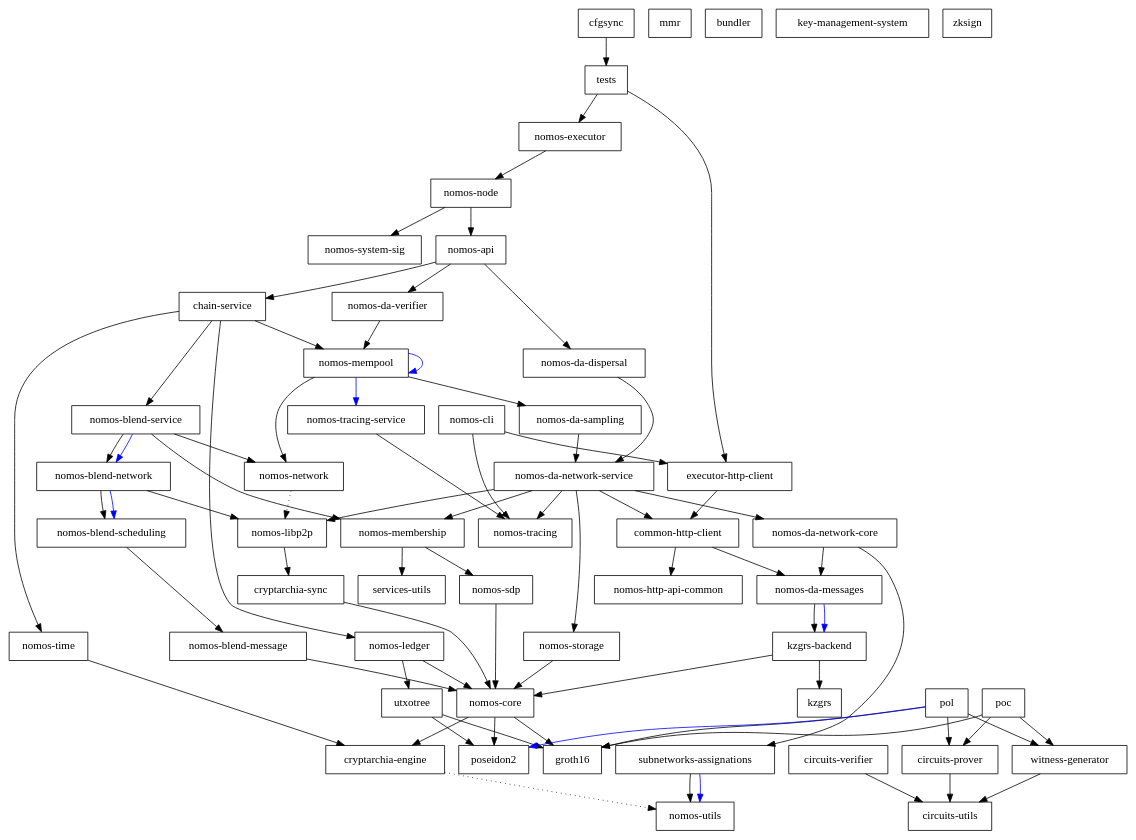
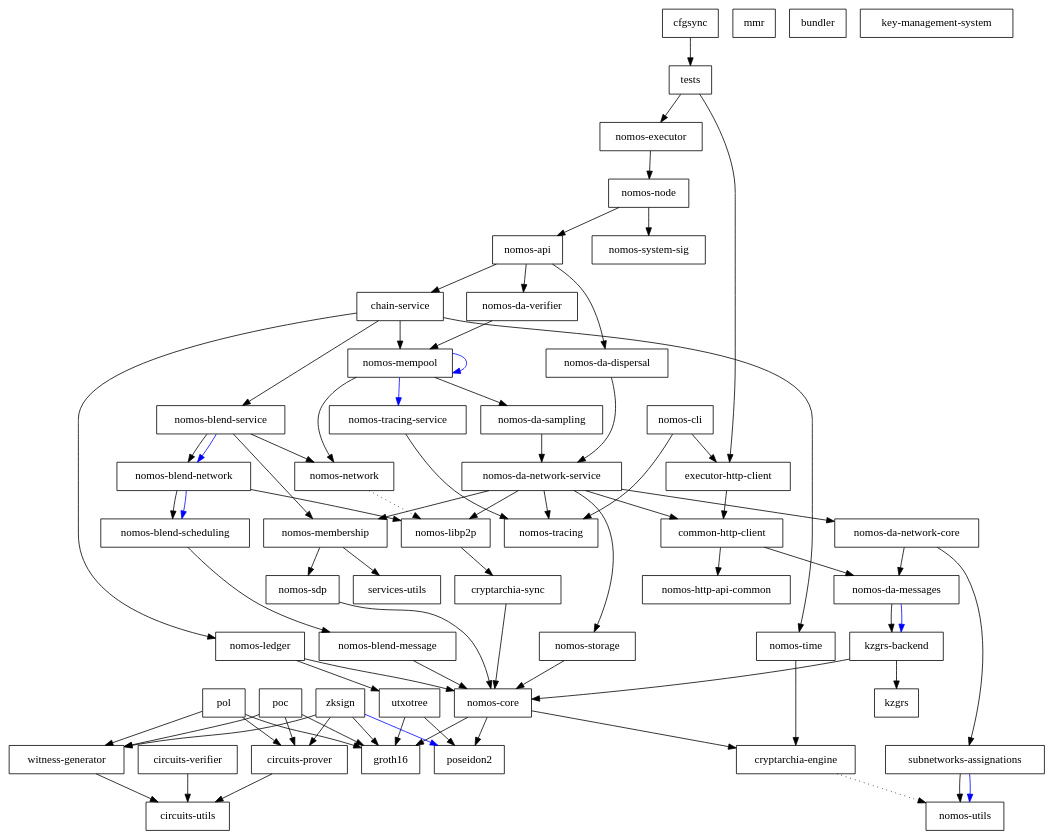
One commit to logos-co/nomos changed the diagram in dependencies_graph.dot. Above: the diagram before and after it, drawn with Graphviz. The commit also changed 1 other file, not shown here.

```diff
--- a/dependencies_graph.dot
+++ b/dependencies_graph.dot
@@ -1,129 +1,132 @@
 digraph {
     0 [ label = "cryptarchia-engine" shape = box]
     1 [ label = "nomos-utils" shape = box]
     2 [ label = "cryptarchia-sync" shape = box]
     3 [ label = "nomos-core" shape = box]
     4 [ label = "groth16" shape = box]
     5 [ label = "poseidon2" shape = box]
     6 [ label = "nomos-ledger" shape = box]
     7 [ label = "utxotree" shape = box]
     8 [ label = "mmr" shape = box]
     9 [ label = "nomos-http-api-common" shape = box]
     10 [ label = "nomos-executor" shape = box]
     11 [ label = "kzgrs-backend" shape = box]
     12 [ label = "kzgrs" shape = box]
     13 [ label = "nomos-api" shape = box]
     14 [ label = "chain-service" shape = box]
     15 [ label = "nomos-blend-service" shape = box]
     16 [ label = "nomos-blend-message" shape = box]
     17 [ label = "nomos-blend-network" shape = box]
     18 [ label = "nomos-blend-scheduling" shape = box]
     19 [ label = "nomos-libp2p" shape = box]
     20 [ label = "nomos-membership" shape = box]
     21 [ label = "nomos-sdp" shape = box]
     22 [ label = "services-utils" shape = box]
     23 [ label = "nomos-network" shape = box]
     24 [ label = "nomos-da-sampling" shape = box]
     25 [ label = "nomos-da-network-core" shape = box]
     26 [ label = "nomos-da-messages" shape = box]
     27 [ label = "subnetworks-assignations" shape = box]
     28 [ label = "nomos-da-network-service" shape = box]
     29 [ label = "common-http-client" shape = box]
     30 [ label = "nomos-storage" shape = box]
     31 [ label = "nomos-tracing" shape = box]
     32 [ label = "nomos-mempool" shape = box]
     33 [ label = "nomos-tracing-service" shape = box]
     34 [ label = "nomos-time" shape = box]
     35 [ label = "nomos-da-dispersal" shape = box]
     36 [ label = "nomos-da-verifier" shape = box]
     37 [ label = "nomos-node" shape = box]
     38 [ label = "nomos-system-sig" shape = box]
     39 [ label = "executor-http-client" shape = box]
     40 [ label = "bundler" shape = box]
     41 [ label = "nomos-cli" shape = box]
     42 [ label = "key-management-system" shape = box]
     43 [ label = "cfgsync" shape = box]
     44 [ label = "tests" shape = box]
     45 [ label = "circuits-prover" shape = box]
     46 [ label = "circuits-utils" shape = box]
     47 [ label = "circuits-verifier" shape = box]
     48 [ label = "witness-generator" shape = box]
     49 [ label = "poc" shape = box]
     50 [ label = "pol" shape = box]
     51 [ label = "zksign" shape = box]
     0 -> 1 [ style = dotted]
     2 -> 3 [ ]
     3 -> 0 [ ]
     3 -> 4 [ ]
     3 -> 5 [ ]
     6 -> 3 [ ]
     6 -> 7 [ ]
     7 -> 4 [ ]
     7 -> 5 [ ]
     10 -> 37 [ ]
     11 -> 12 [ ]
     11 -> 3 [ ]
     13 -> 14 [ ]
     13 -> 35 [ ]
     13 -> 36 [ ]
     14 -> 15 [ ]
     14 -> 6 [ ]
     14 -> 32 [ ]
     14 -> 34 [ ]
     15 -> 17 [ ]
     15 -> 17 [ color = blue]
     15 -> 20 [ ]
     15 -> 23 [ ]
     16 -> 3 [ ]
     17 -> 18 [ ]
     17 -> 18 [ color = blue]
     17 -> 19 [ ]
     18 -> 16 [ ]
     19 -> 2 [ ]
     20 -> 21 [ ]
     20 -> 22 [ ]
     21 -> 3 [ ]
     23 -> 19 [ style = dotted]
     24 -> 28 [ ]
     25 -> 26 [ ]
     25 -> 27 [ ]
     26 -> 11 [ ]
     26 -> 11 [ color = blue]
     27 -> 1 [ ]
     27 -> 1 [ color = blue]
     28 -> 29 [ ]
     28 -> 25 [ ]
     28 -> 19 [ ]
     28 -> 20 [ ]
     28 -> 30 [ ]
     28 -> 31 [ ]
     29 -> 26 [ ]
     29 -> 9 [ ]
     30 -> 3 [ ]
     32 -> 24 [ ]
     32 -> 32 [ color = blue]
     32 -> 23 [ ]
     32 -> 33 [ color = blue]
     33 -> 31 [ ]
     34 -> 0 [ ]
     35 -> 28 [ ]
     36 -> 32 [ ]
     37 -> 13 [ ]
     37 -> 38 [ ]
     39 -> 29 [ ]
     41 -> 39 [ ]
     41 -> 31 [ ]
     43 -> 44 [ ]
     44 -> 39 [ ]
     44 -> 10 [ ]
     45 -> 46 [ ]
     47 -> 46 [ ]
     48 -> 46 [ ]
     49 -> 45 [ ]
     49 -> 4 [ ]
     49 -> 48 [ ]
     50 -> 45 [ ]
     50 -> 4 [ ]
-    50 -> 5 [ color = blue]
     50 -> 48 [ ]
+    51 -> 45 [ ]
+    51 -> 4 [ ]
+    51 -> 5 [ color = blue]
+    51 -> 48 [ ]
 }
```
